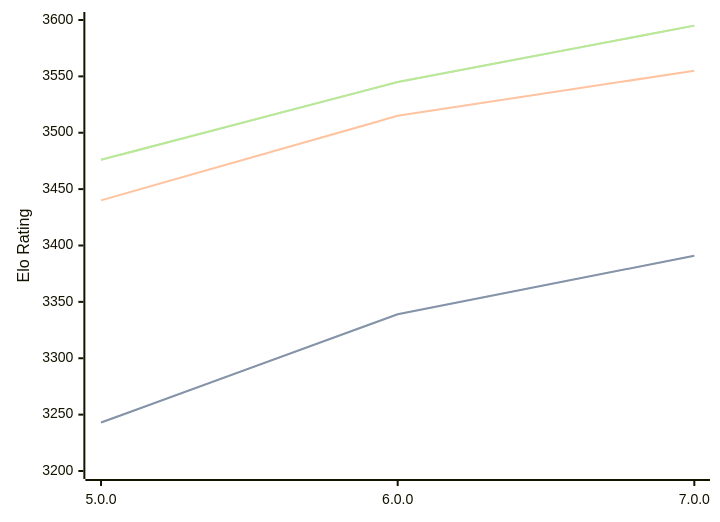
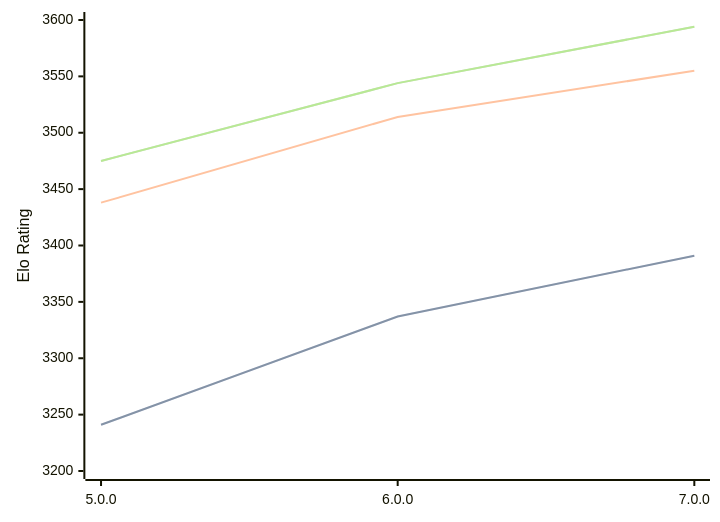
The diagram in engines/Stormphrax.md (computer-chess-index/cci), drawn with Mermaid before and after one commit. The commit also changed other lines of this file, not shown here.

Commit message:
Update CCI Ratings (ELO VLTC) - 2026-03-08

````diff
--- a/engines/Stormphrax.md
+++ b/engines/Stormphrax.md
@@ -36,11 +36,11 @@
 ```mermaid
 %%{init: {"theme":"base","themeVariables":{"seriesColors:['#a3a3a3','#222221','#faa371']}}}%%
 xychart-beta
   x-axis ["5.0.0", "6.0.0", "7.0.0"]
   y-axis "Elo Rating" 3200 --> 3600
-  line "STC (8.0+0.08s)" [3243, 3339, 3391]
-  line "STC (8.0+0.08s)" [3243, 3339, 3391]
-  line "LTC (60.0+0.60s)" [3440, 3515, 3555]
-  line "VLTC (2m24s+1.12s)" [3476, 3545, 3595]
-  line "VLTC (2m24s+1.12s)" [3476, 3545, 3595]
+  line "STC (8.0+0.08s)" [3241, 3337, 3391]
+  line "STC (8.0+0.08s)" [3241, 3337, 3391]
+  line "LTC (60.0+0.60s)" [3438, 3514, 3555]
+  line "VLTC (2m24s+1.12s)" [3475, 3544, 3594]
+  line "VLTC (2m24s+1.12s)" [3475, 3544, 3594]
 ```
````
